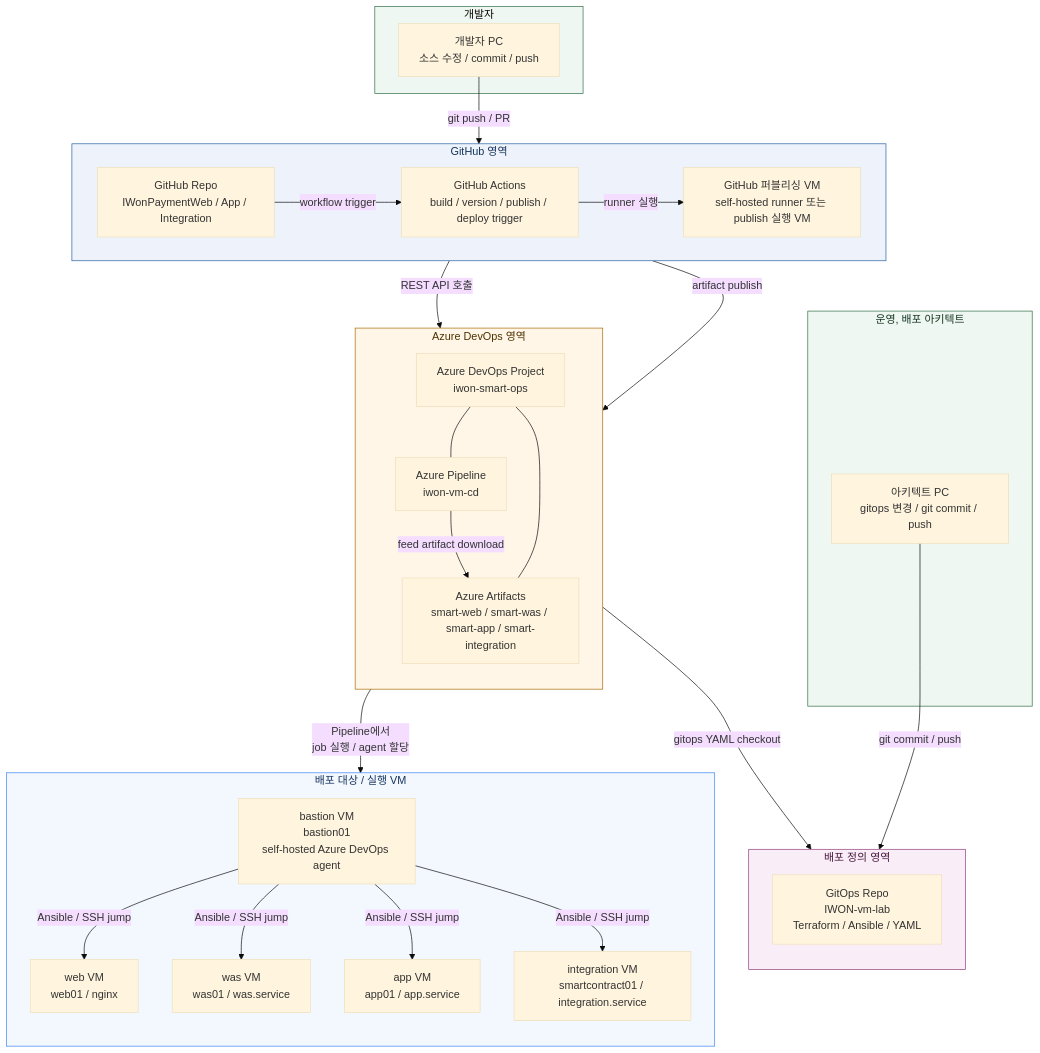
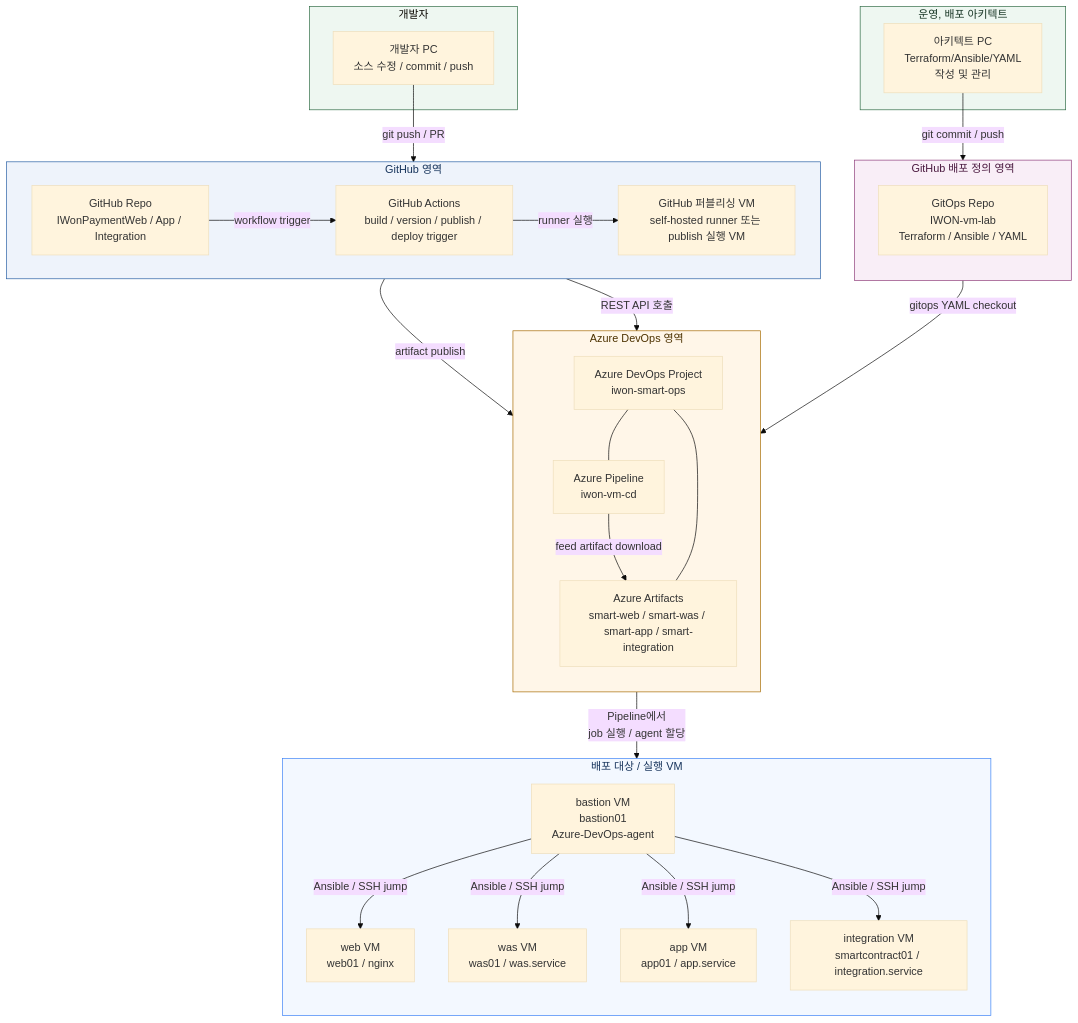
Before and after one commit to koasis89/IWON-vm-lab: the first of 2 diagrams in gitops/gitops구성방안.md, drawn with Mermaid (base theme). The commit also changed other lines of this file and 6 other files, not shown here.

Commit message:
docs: add GitOps deployment plan

````diff
--- a/gitops/gitops구성방안.md
+++ b/gitops/gitops구성방안.md
@@ -30,61 +30,61 @@
 ```mermaid
 flowchart TD
   subgraph DEV[개발자]
     A[개발자 PC<br/>소스 수정 / commit / push]
   end
   
   subgraph ARCHITECT[운영, 배포 아키텍트]
-    CA[아키텍트 PC<br/>gitops 변경 / git commit / push]
+    CA[아키텍트 PC<br/>Terraform/Ansible/YAML <br/>작성 및 관리]
+  end
+  
+  subgraph GITOPS[GitHub 배포 정의 영역]
+    direction TB
+    H[GitOps Repo<br/>IWON-vm-lab<br/>Terraform / Ansible / YAML]
   end
 
   subgraph GH[GitHub 영역]
     direction LR
     B[GitHub Repo<br/>IWonPaymentWeb / App / Integration]
     C[GitHub Actions<br/>build / version / publish / deploy trigger]
     D[GitHub 퍼블리싱 VM<br/>self-hosted runner 또는 publish 실행 VM]
-  end
-
-  subgraph GITOPS[배포 정의 영역]
-    direction TB
-    H[GitOps Repo<br/>IWON-vm-lab<br/>Terraform / Ansible / YAML]
   end
 
   subgraph ADO[Azure DevOps 영역]
     direction TB
     E[Azure DevOps Project<br/>iwon-smart-ops]
     G[Azure Pipeline<br/>iwon-vm-cd]
     F[Azure Artifacts<br/>smart-web / smart-was / smart-app / smart-integration]
   end
 
   subgraph TARGET[배포 대상 / 실행 VM]
     direction TD
-    J[bastion VM<br/>bastion01<br/>self-hosted Azure DevOps agent]
+    J[bastion VM<br/>bastion01<br/> Azure-DevOps-agent]
     W1[web VM<br/>web01 / nginx]
     W2[was VM<br/>was01 / was.service]
     W3[app VM<br/>app01 / app.service]
     W4[integration VM<br/>smartcontract01 / integration.service]
   end
 
+  CA -->|git commit / push| H
   A -->|git push / PR| B
   B -->|workflow trigger| C
   C -->|runner 실행| D
   D -->|artifact publish| F
   D -->|REST API 호출| G
-  G -->|gitops YAML checkout| H
+  H -->|gitops YAML checkout| E
   G -->|feed artifact download| F
   F -->|Pipeline에서\njob 실행 / agent 할당| J
   J -->|Ansible / SSH jump| W1
   J -->|Ansible / SSH jump| W2
   J -->|Ansible / SSH jump| W3
   J -->|Ansible / SSH jump| W4
   E --- G
   E --- F
-  CA -->|git commit / push| H
 
   style DEV fill:#eef7f1,stroke:#2f6b45,color:#173524 ARCHITECT
   style ARCHITECT fill:#eef7f1,stroke:#2f6b45,color:#173524
   style GH fill:#eef3fb,stroke:#275ea3,color:#17345c
   style ADO fill:#fff6e8,stroke:#a66a00,color:#4d3200
   style GITOPS fill:#f9eef7,stroke:#8f3c7a,color:#4a193f
   style TARGET fill:#f3f8ff,stroke:#3b82f6,color:#17345c
 ```
````
